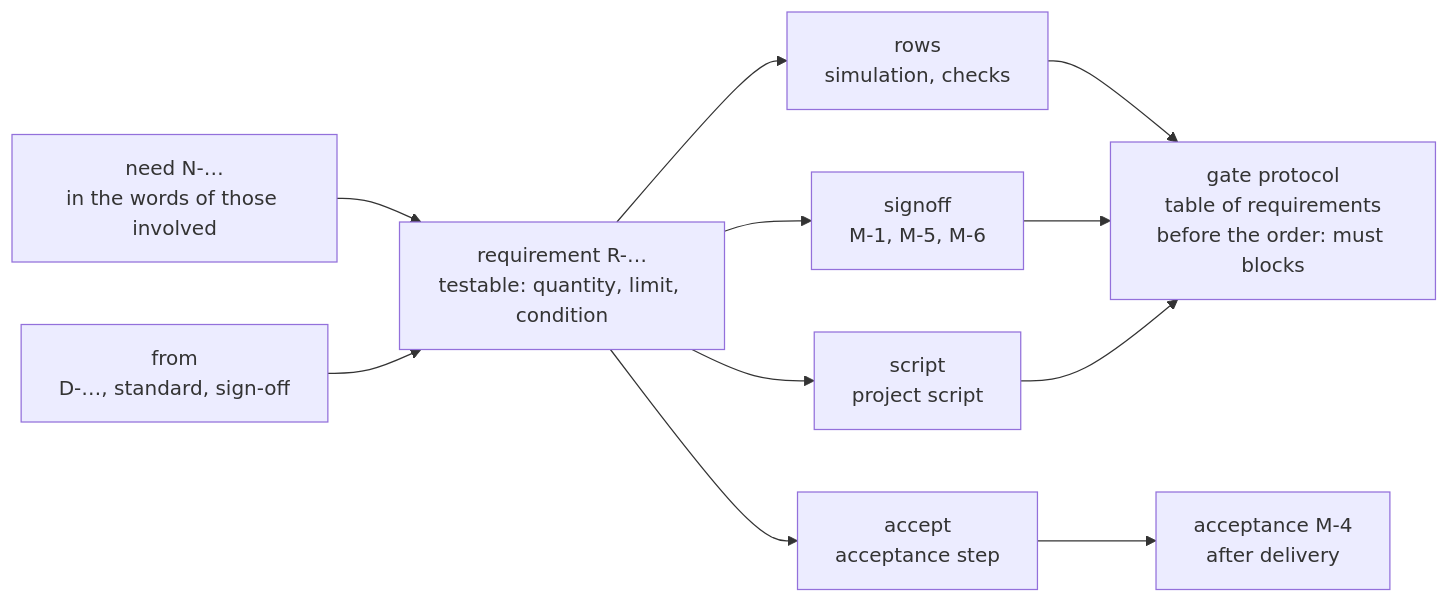
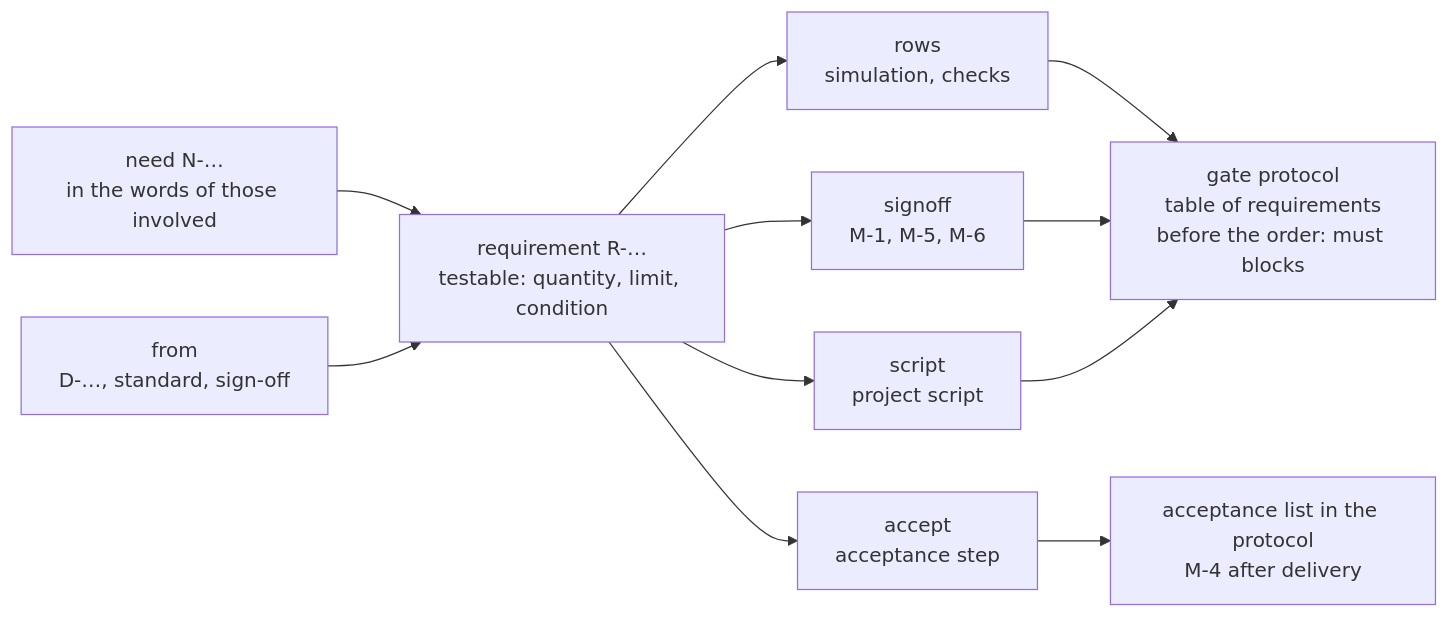
One commit to tgd1975/edakit changed the diagram in docs/concepts/new/requirements.md. Above: the diagram before and after it, drawn with Mermaid. The commit also changed other lines of this file, not shown here.

First line of the commit message:
Concept requirements: checked against #78 and #79 – the acceptance list exists, M-1 and M-5 are required, the reviews name the IDs

````diff
--- a/docs/concepts/new/requirements.md
+++ b/docs/concepts/new/requirements.md
@@ -149,13 +151,13 @@
 ```mermaid
 flowchart LR
     N["need N-…<br/>in the words of those involved"] --> R["requirement R-…<br/>testable: quantity, limit, condition"]
     F["from<br/>D-…, standard, sign-off"] --> R
     R --> rows["rows<br/>simulation, checks"]
     R --> signoff["signoff<br/>M-1, M-5, M-6"]
     R --> script["script<br/>project script"]
     R --> accept["accept<br/>acceptance step"]
     rows --> G["gate protocol<br/>table of requirements<br/>before the order: must blocks"]
     signoff --> G
     script --> G
-    accept --> M4["acceptance M-4<br/>after delivery"]
+    accept --> M4["acceptance list in the protocol<br/>M-4 after delivery"]
 ```
````
